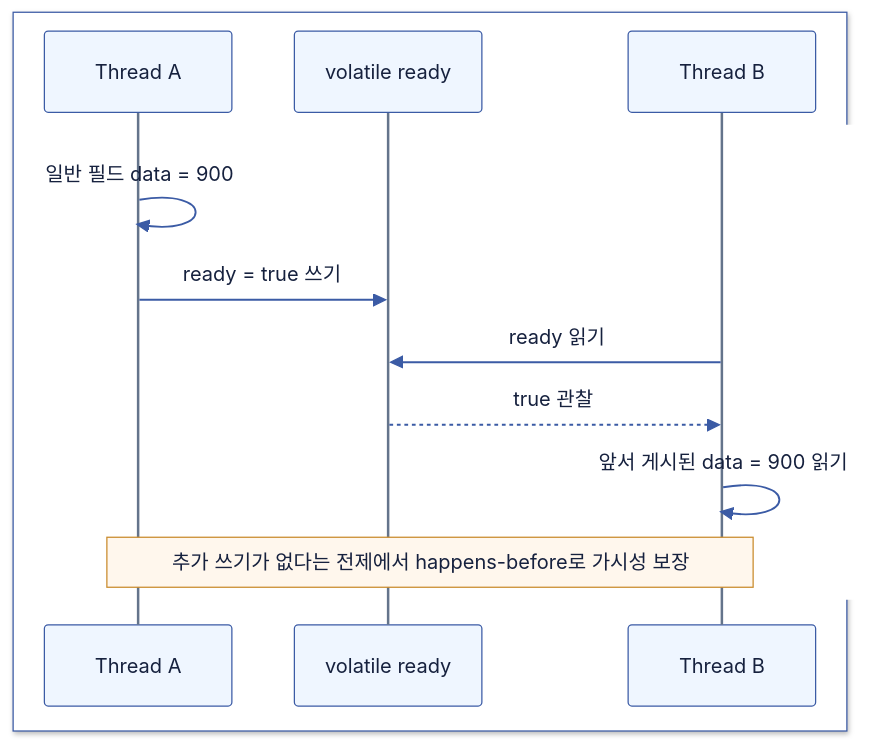
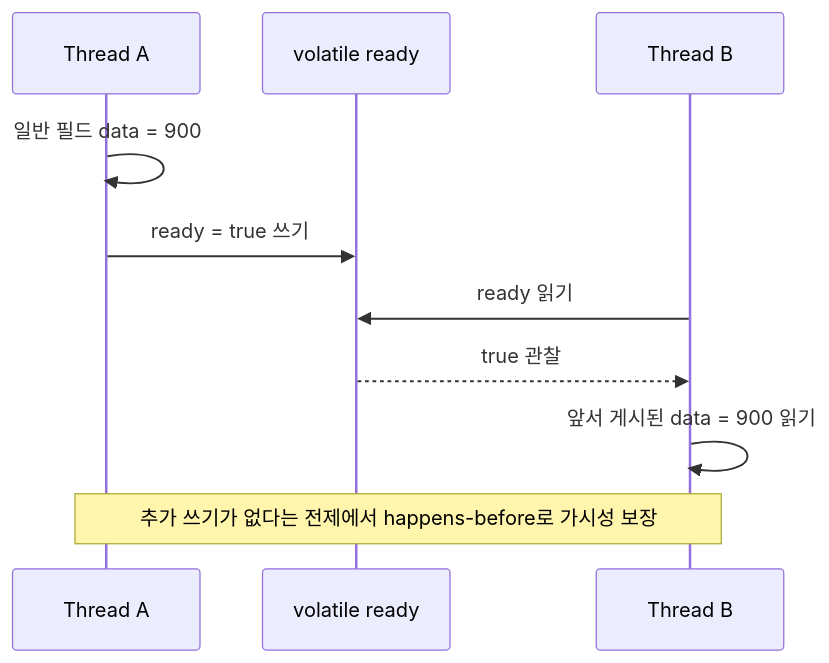
The diagram in computer-science/article-series/2608-java-concurrency.md (Hyune-s-lab/my-ai-study), drawn with Mermaid before and after one commit. The commit also changed other lines of this file and 49 other files, not shown here.

Commit message:
docs: 단순 다이어그램은 Mermaid로, 복잡한 배치는 SVG로 정리

````diff
--- a/computer-science/article-series/2608-java-concurrency.md
+++ b/computer-science/article-series/2608-java-concurrency.md
@@ -38,17 +38,12 @@
 ```mermaid
 sequenceDiagram
-%%{init: {"theme": "base", "darkMode": false, "themeVariables": {"background": "#ffffff", "primaryColor": "#EFF6FF", "primaryTextColor": "#16213E", "primaryBorderColor": "#3B5BA5", "secondaryColor": "#F0FDF4", "tertiaryColor": "#FAF5FF", "lineColor": "#3B5BA5", "textColor": "#16213E", "edgeLabelBackground": "#ffffff", "actorBkg": "#EFF6FF", "actorBorder": "#3B5BA5", "actorTextColor": "#16213E", "signalColor": "#3B5BA5", "signalTextColor": "#16213E", "noteBkgColor": "#FFF7ED", "noteBorderColor": "#C98A2B", "noteTextColor": "#16213E", "labelBoxBkgColor": "#EFF6FF", "labelTextColor": "#16213E", "loopTextColor": "#16213E", "actorLineColor": "#64748B", "labelBoxBorderColor": "#3B5BA5"}}}%%
-  box rgb(255, 255, 255)
-    participant A as Thread A
-    participant F as volatile ready
-    participant B as Thread B
-  end
-  rect rgb(255, 255, 255)
-    A->>A: 일반 필드 data = 900
-    A->>F: ready = true 쓰기
-    B->>F: ready 읽기
-    F-->>B: true 관찰
-    B->>B: 앞서 게시된 data = 900 읽기
-    Note over A,B: 추가 쓰기가 없다는 전제에서 happens-before로 가시성 보장
-  end
+  participant A as Thread A
+  participant F as volatile ready
+  participant B as Thread B
+  A->>A: 일반 필드 data = 900
+  A->>F: ready = true 쓰기
+  B->>F: ready 읽기
+  F-->>B: true 관찰
+  B->>B: 앞서 게시된 data = 900 읽기
+  Note over A,B: 추가 쓰기가 없다는 전제에서 happens-before로 가시성 보장
 ```
````
